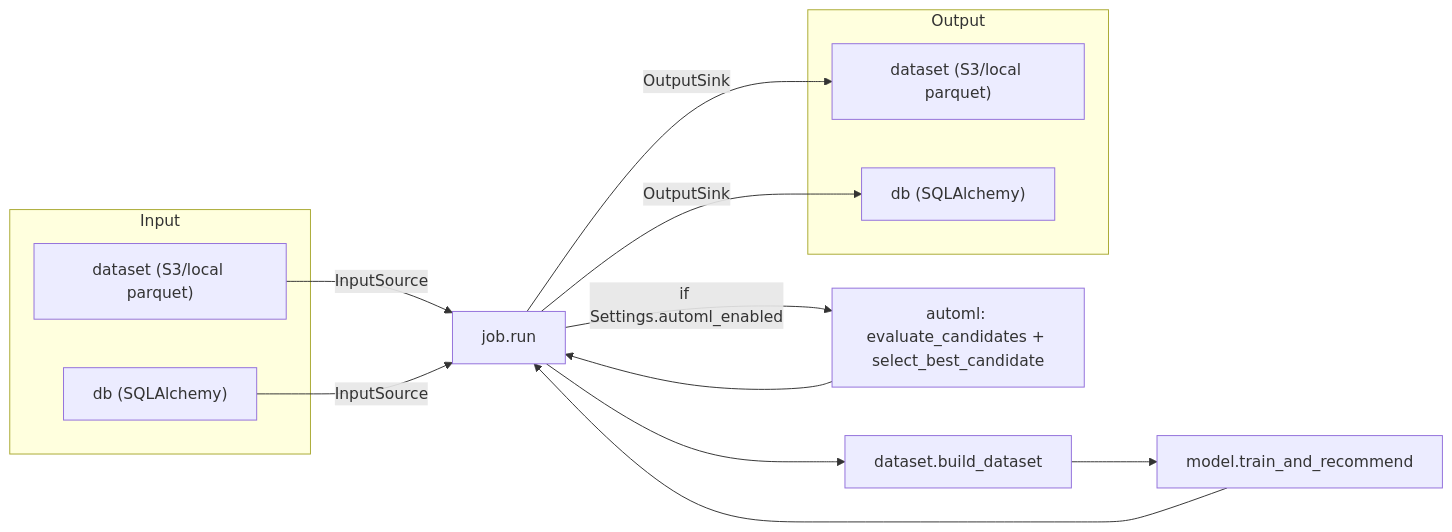
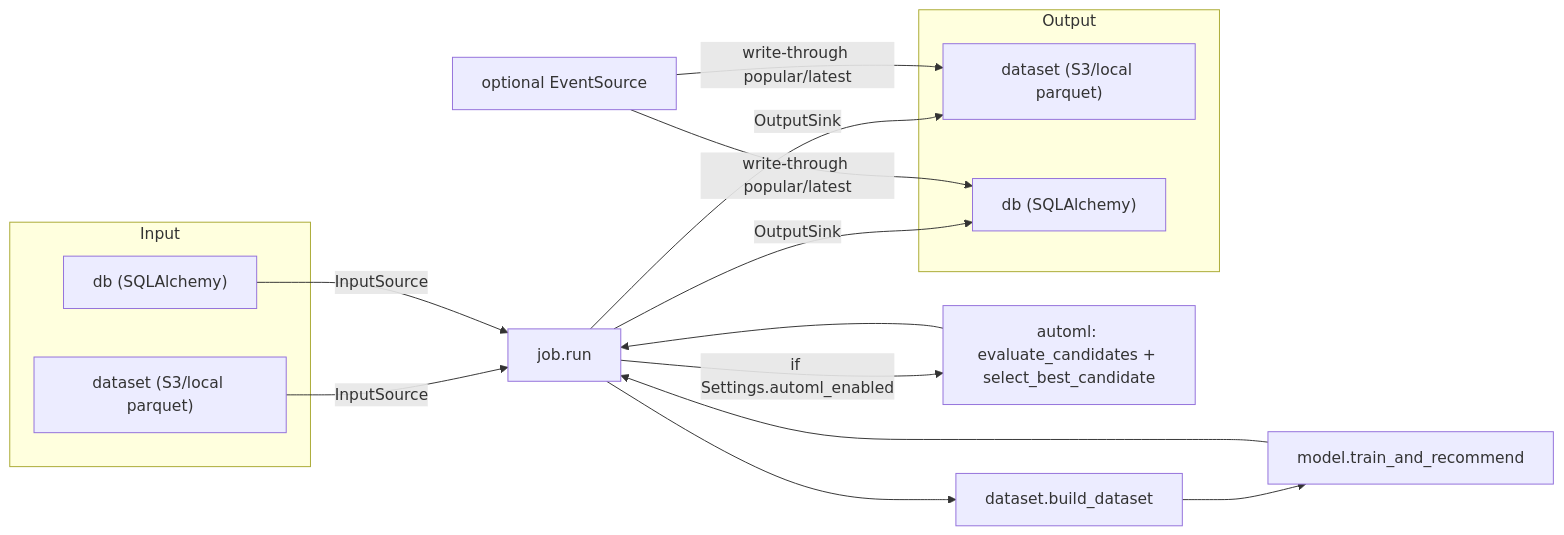
One commit to torbido-hq/cicerone changed the diagram in docs/architecture.md. Above: the diagram before and after it, drawn with Mermaid. The commit also changed other lines of this file and 17 other files, not shown here.

````diff
--- a/docs/architecture.md
+++ b/docs/architecture.md
@@ -99,20 +100,22 @@
 ```mermaid
 flowchart LR
     subgraph Input
         S3["dataset (S3/local parquet)"]
         DB1["db (SQLAlchemy)"]
     end
     S3 -->|InputSource| J[job.run]
     DB1 -->|InputSource| J
     J -->|if Settings.automl_enabled| A[automl: evaluate_candidates + select_best_candidate]
     A --> J
     J --> D[dataset.build_dataset]
     D --> M[model.train_and_recommend]
     M --> J
     subgraph Output
         S3O["dataset (S3/local parquet)"]
         DB2["db (SQLAlchemy)"]
     end
     J -->|OutputSink| S3O
     J -->|OutputSink| DB2
+    Ev["optional EventSource"] -->|"write-through popular/latest"| S3O
+    Ev -->|"write-through popular/latest"| DB2
 ```
````
